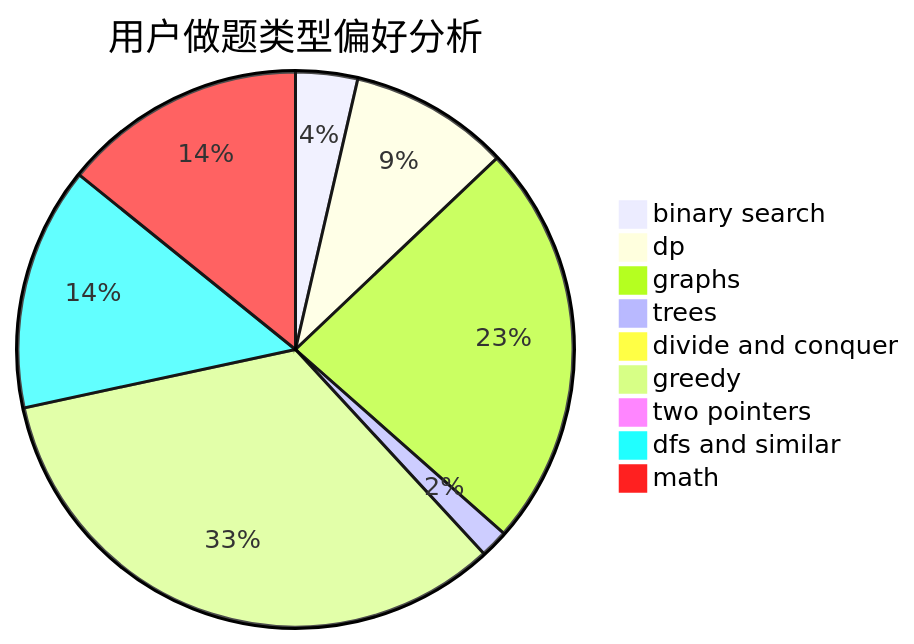
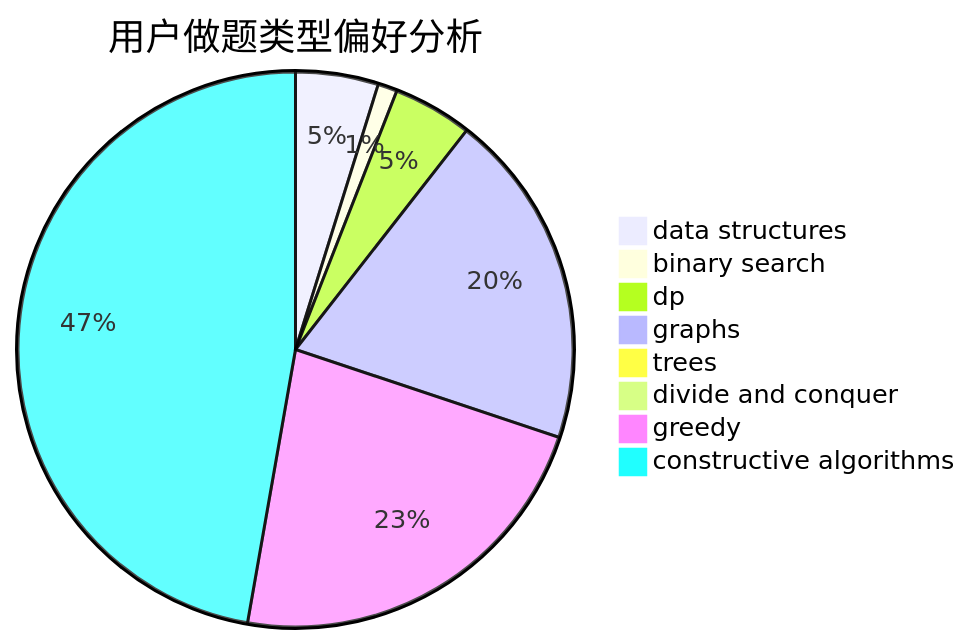
Before and after one commit to sherpahu/cfrs.github.io: the second of 3 diagrams in docs/user/u418.md, drawn with Mermaid. The commit also changed other lines of this file and 2775 other files, not shown here.

````diff
--- a/docs/user/u418.md
+++ b/docs/user/u418.md
@@ -23,12 +23,11 @@
 ```mermaid
 pie title 用户做题类型偏好分析
-    "binary search" :  31
-    "dp" :  80
-    "graphs" :  203
-    "trees" :  14
+    "data structures" :  47
+    "binary search" :  11
+    "dp" :  45
+    "graphs" :  191
+    "trees" :  0
     "divide and conquer" :  0
-    "greedy" :  288
-    "two pointers" :  7
-    "dfs and similar" :  122
-    "math" :  122
+    "greedy" :  221
+    "constructive algorithms" :  461
 ```
````
